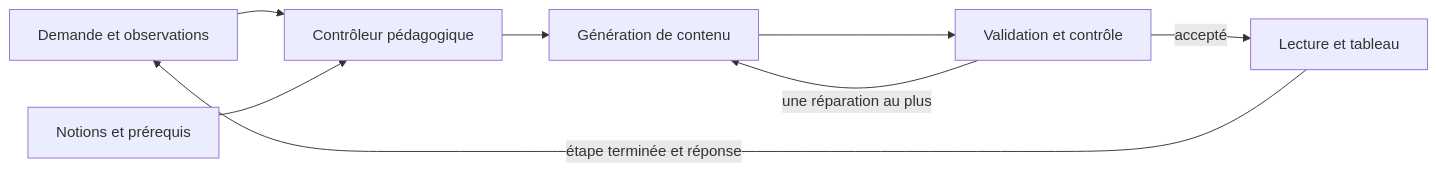
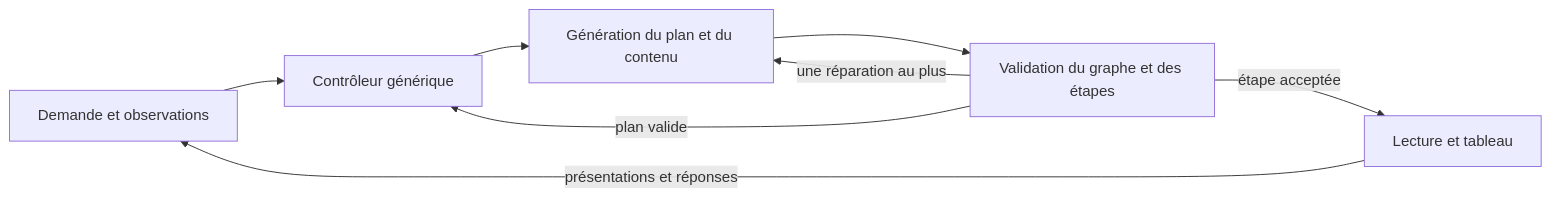
Before and after one commit to Jcod007/nesalio-site: the diagram in app/docs/pedagogie.md, drawn with Mermaid. The commit also changed other lines of this file and 26 other files, not shown here.

````diff
--- a/app/docs/pedagogie.md
+++ b/app/docs/pedagogie.md
@@ -48,10 +48,10 @@
 ```mermaid
 flowchart LR
-  D[Demande et observations] --> C[Contrôleur pédagogique]
-  P[Notions et prérequis] --> C
-  C --> M[Génération de contenu]
-  M --> V[Validation et contrôle]
-  V -->|accepté| L[Lecture et tableau]
+  D[Demande et observations] --> C[Contrôleur générique]
+  C --> M[Génération du plan et du contenu]
+  M --> V[Validation du graphe et des étapes]
+  V -->|plan valide| C
+  V -->|étape acceptée| L[Lecture et tableau]
   V -->|une réparation au plus| M
-  L -->|étape terminée et réponse| D
+  L -->|présentations et réponses| D
 ```
````
